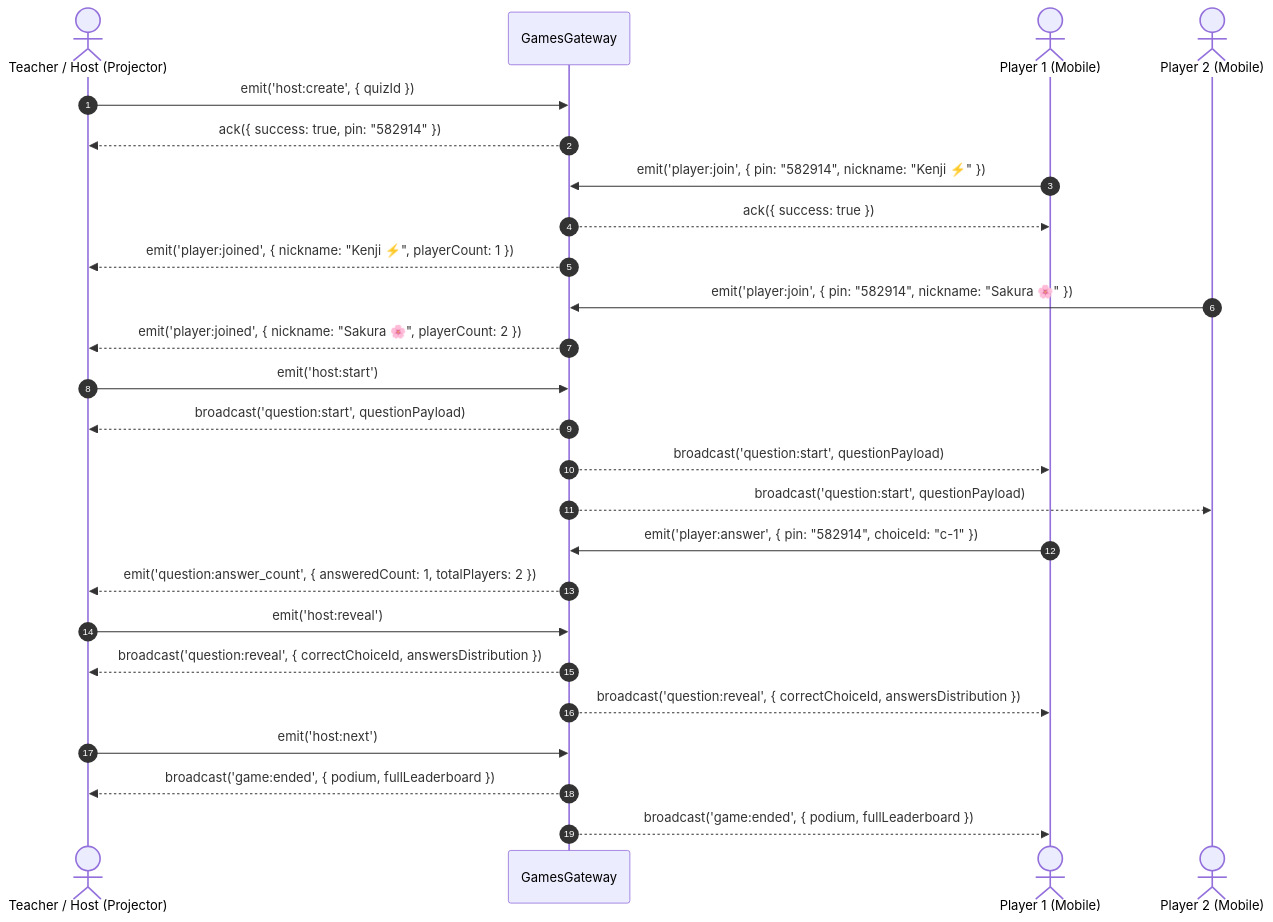
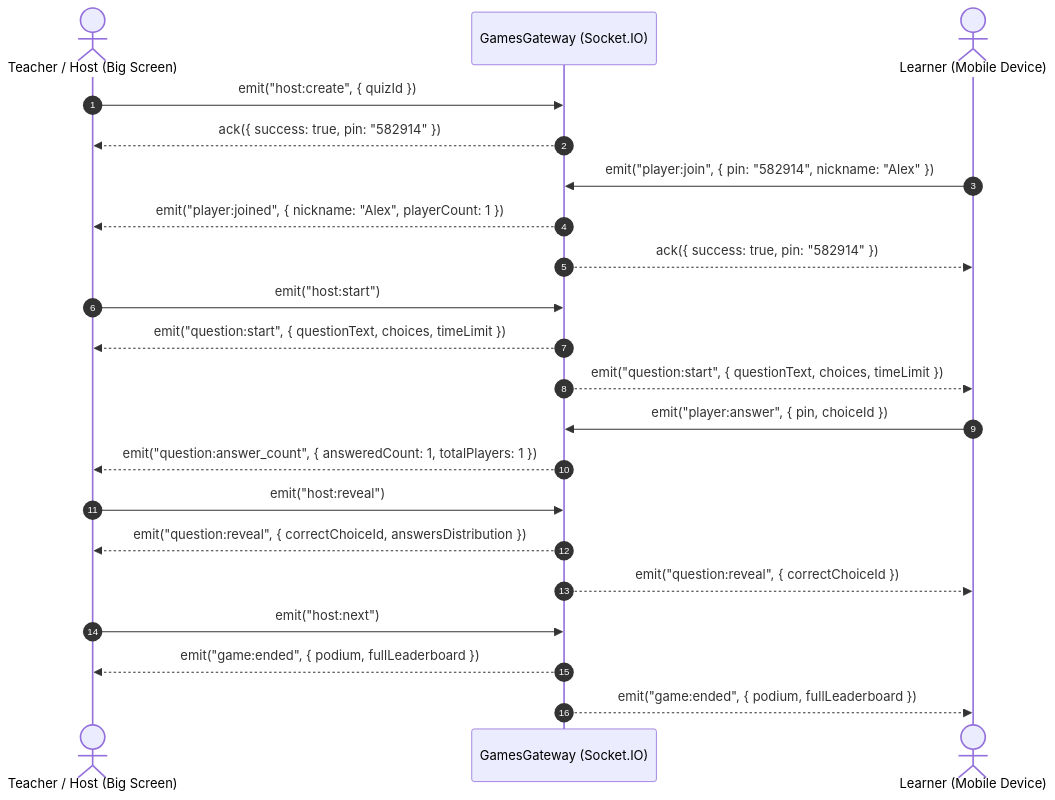
One commit to khonloi/kuizu-backend changed the second of 2 diagrams in README.md. Above: the diagram before and after it, drawn with Mermaid. The commit also changed other lines of this file, not shown here.

````diff
--- a/README.md
+++ b/README.md
@@ -293,34 +304,29 @@
 ```mermaid
 sequenceDiagram
     autonumber
-    actor Host as Teacher / Host (Projector)
-    participant GW as GamesGateway
-    actor P1 as Player 1 (Mobile)
-    actor P2 as Player 2 (Mobile)
+    actor Host as Teacher / Host (Big Screen)
+    participant Gateway as GamesGateway (Socket.IO)
+    actor Player as Learner (Mobile Device)
 
-    Host->>GW: emit('host:create', { quizId })
-    GW-->>Host: ack({ success: true, pin: "582914" })
+    Host->>Gateway: emit("host:create", { quizId })
+    Gateway-->>Host: ack({ success: true, pin: "582914" })
 
-    P1->>GW: emit('player:join', { pin: "582914", nickname: "Kenji ⚡" })
-    GW-->>P1: ack({ success: true })
-    GW-->>Host: emit('player:joined', { nickname: "Kenji ⚡", playerCount: 1 })
+    Player->>Gateway: emit("player:join", { pin: "582914", nickname: "Alex" })
+    Gateway-->>Host: emit("player:joined", { nickname: "Alex", playerCount: 1 })
+    Gateway-->>Player: ack({ success: true, pin: "582914" })
 
-    P2->>GW: emit('player:join', { pin: "582914", nickname: "Sakura 🌸" })
-    GW-->>Host: emit('player:joined', { nickname: "Sakura 🌸", playerCount: 2 })
+    Host->>Gateway: emit("host:start")
+    Gateway-->>Host: emit("question:start", { questionText, choices, timeLimit })
+    Gateway-->>Player: emit("question:start", { questionText, choices, timeLimit })
 
-    Host->>GW: emit('host:start')
-    GW-->>Host: broadcast('question:start', questionPayload)
-    GW-->>P1: broadcast('question:start', questionPayload)
-    GW-->>P2: broadcast('question:start', questionPayload)
+    Player->>Gateway: emit("player:answer", { pin, choiceId })
+    Gateway-->>Host: emit("question:answer_count", { answeredCount: 1, totalPlayers: 1 })
 
-    P1->>GW: emit('player:answer', { pin: "582914", choiceId: "c-1" })
-    GW-->>Host: emit('question:answer_count', { answeredCount: 1, totalPlayers: 2 })
+    Host->>Gateway: emit("host:reveal")
+    Gateway-->>Host: emit("question:reveal", { correctChoiceId, answersDistribution })
+    Gateway-->>Player: emit("question:reveal", { correctChoiceId })
 
-    Host->>GW: emit('host:reveal')
-    GW-->>Host: broadcast('question:reveal', { correctChoiceId, answersDistribution })
-    GW-->>P1: broadcast('question:reveal', { correctChoiceId, answersDistribution })
-
-    Host->>GW: emit('host:next')
-    GW-->>Host: broadcast('game:ended', { podium, fullLeaderboard })
-    GW-->>P1: broadcast('game:ended', { podium, fullLeaderboard })
+    Host->>Gateway: emit("host:next")
+    Gateway-->>Host: emit("game:ended", { podium, fullLeaderboard })
+    Gateway-->>Player: emit("game:ended", { podium, fullLeaderboard })
 ```
````
